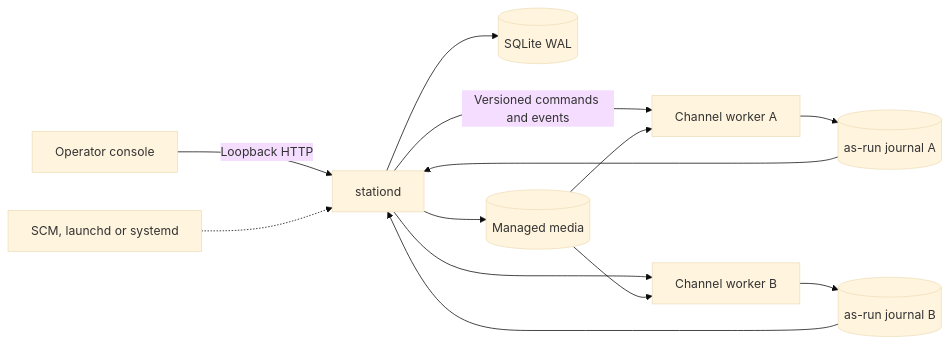
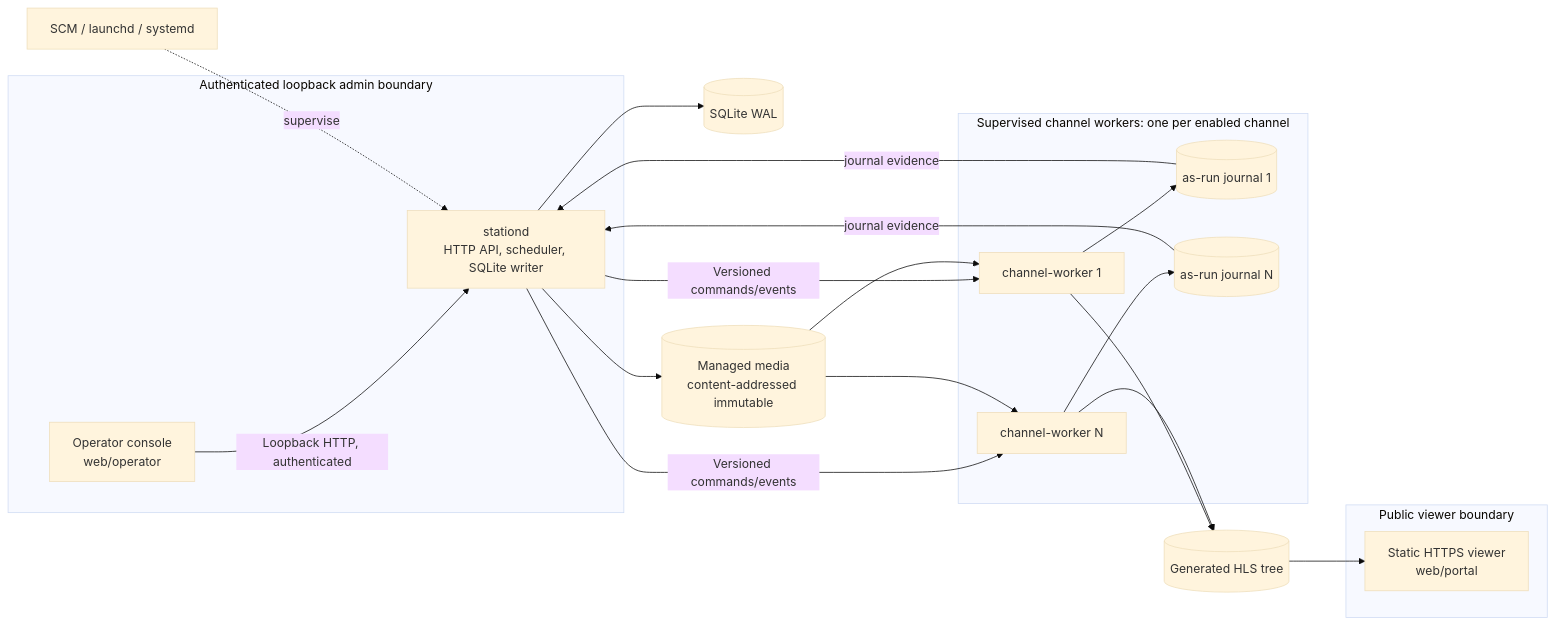
Before and after one commit to scottconverse/civiccast-lite: the first of 4 diagrams in docs/architecture/overview.md, drawn with Mermaid (base theme). The commit also changed other lines of this file and 12 other files, not shown here.

````diff
--- a/docs/architecture/overview.md
+++ b/docs/architecture/overview.md
@@ -11,15 +11,33 @@
 ```mermaid
 flowchart LR
-  OP["Operator console"] -->|Loopback HTTP| ST["stationd"]
+  subgraph ADMIN["Authenticated loopback admin boundary"]
+    OP["Operator console<br/>web/operator"]
+    ST["stationd<br/>HTTP API, scheduler, SQLite writer"]
+  end
+  OP -->|"Loopback HTTP, authenticated"| ST
   ST --> DB[("SQLite WAL")]
-  ST --> STORE[("Managed media")]
-  ST -->|Versioned commands and events| W1["Channel worker A"]
-  ST --> W2["Channel worker B"]
-  W1 --> J1[(as-run journal A)]
-  W2 --> J2[(as-run journal B)]
-  J1 --> ST
-  J2 --> ST
-  STORE --> W1
-  STORE --> W2
-  SUP["SCM, launchd or systemd"] -.-> ST
+  ST --> MEDIA[("Managed media<br/>content-addressed immutable")]
+  subgraph WORKERS["Supervised channel workers: one per enabled channel"]
+    W1["channel-worker 1"]
+    WN["channel-worker N"]
+    J1[("as-run journal 1")]
+    JN[("as-run journal N")]
+  end
+  ST -->|"Versioned commands/events"| W1
+  ST -->|"Versioned commands/events"| WN
+  MEDIA --> W1
+  MEDIA --> WN
+  W1 --> J1
+  WN --> JN
+  J1 -->|"journal evidence"| ST
+  JN -->|"journal evidence"| ST
+  SUP["SCM / launchd / systemd"] -.->|"supervise"| ST
+
+
+  W1 --> HLS[("Generated HLS tree")]
+  WN --> HLS
+  subgraph PUBLIC["Public viewer boundary"]
+    VIEW["Static HTTPS viewer<br/>web/portal"]
+  end
+  HLS --> VIEW
 ```
````
